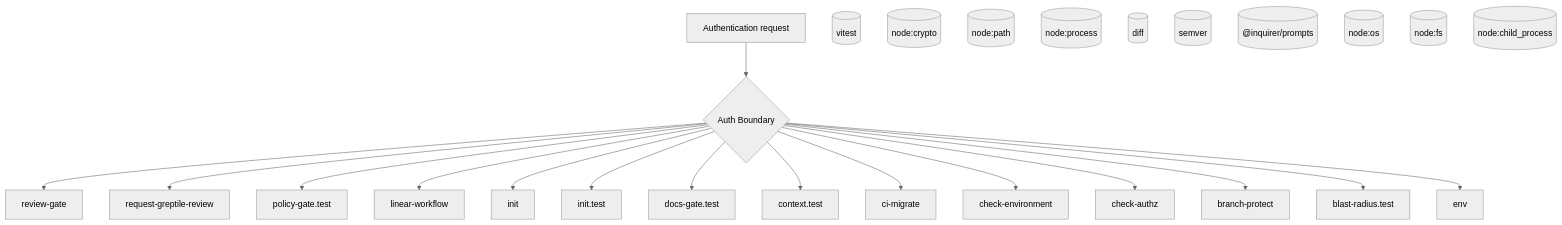
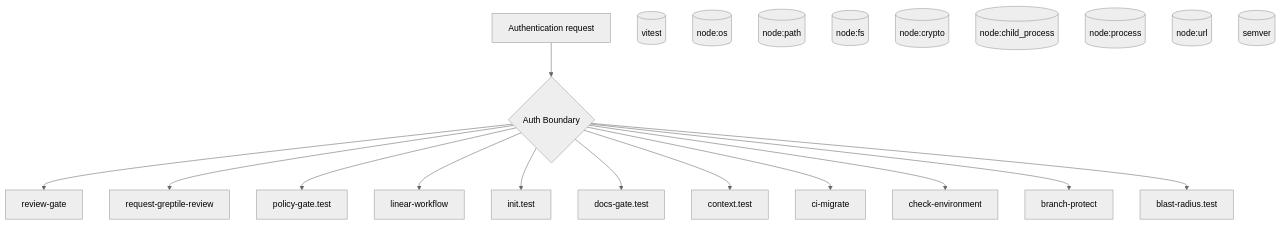
The diagram in AI/diagrams/auth.mmd (jscraik/coding-harness), drawn with Mermaid (neutral theme) before and after one commit. The commit also changed 9 other files, not shown here.

Commit message:
chore(diagrams): auto-refresh architecture diagrams

```diff
--- a/AI/diagrams/auth.mmd
+++ b/AI/diagrams/auth.mmd
@@ -1,43 +1,36 @@
 flowchart TD
   Request["Authentication request"]
   Boundary{"Auth Boundary"}
   Request --> Boundary
   review_gate_09b579c4["review-gate"]
   Boundary --> review_gate_09b579c4
   request_greptile_review_851df233["request-greptile-review"]
   Boundary --> request_greptile_review_851df233
   policy_gate_test_203a5261["policy-gate.test"]
   Boundary --> policy_gate_test_203a5261
   linear_workflow_c5cb6267["linear-workflow"]
   Boundary --> linear_workflow_c5cb6267
-  init_bb54068a["init"]
-  Boundary --> init_bb54068a
   init_test_cbba76a6["init.test"]
   Boundary --> init_test_cbba76a6
   docs_gate_test_a25e972f["docs-gate.test"]
   Boundary --> docs_gate_test_a25e972f
   context_test_57aad306["context.test"]
   Boundary --> context_test_57aad306
   ci_migrate_78bb70b1["ci-migrate"]
   Boundary --> ci_migrate_78bb70b1
   check_environment_fe68d4be["check-environment"]
   Boundary --> check_environment_fe68d4be
-  check_authz_fee242b1["check-authz"]
-  Boundary --> check_authz_fee242b1
   branch_protect_b9d345eb["branch-protect"]
   Boundary --> branch_protect_b9d345eb
   blast_radius_test_045450fc["blast-radius.test"]
   Boundary --> blast_radius_test_045450fc
-  env_b77349bf["env"]
-  Boundary --> env_b77349bf
   vitest_a9127f3d[("vitest")]
+  node_os_e9717731[("node:os")]
+  node_path_0e7d56ab[("node:path")]
+  node_fs_df6b52af[("node:fs")]
   node_crypto_879f6cbe[("node:crypto")]
-  node_path_0e7d56ab[("node:path")]
+  node_child_process_cb73900b[("node:child_process")]
   node_process_09240432[("node:process")]
-  diff_df087996[("diff")]
+  node_url_b54ed078[("node:url")]
   semver_50449d83[("semver")]
-  _inquirer_prompts_21758d24[("@inquirer/prompts")]
-  node_os_e9717731[("node:os")]
-  node_fs_df6b52af[("node:fs")]
-  node_child_process_cb73900b[("node:child_process")]
   classDef authNode fill:#7c3aed,color:#fff
```
